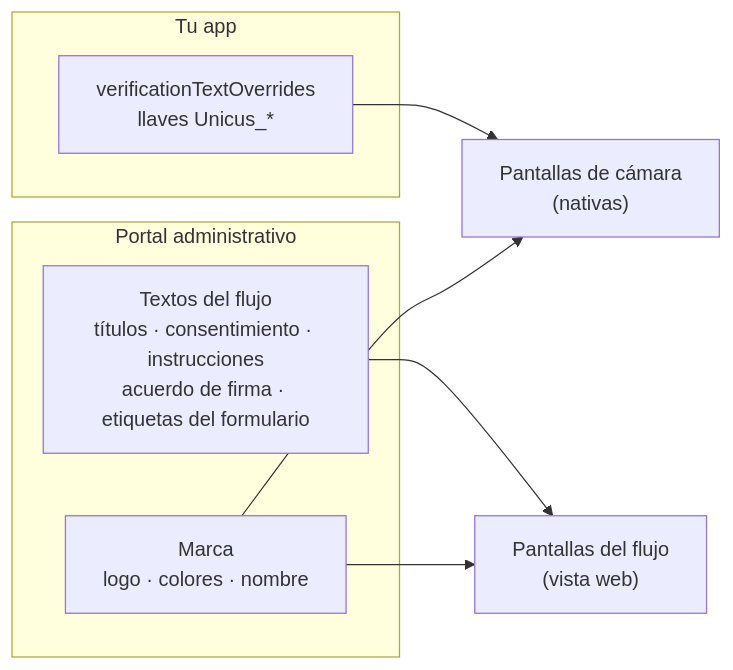
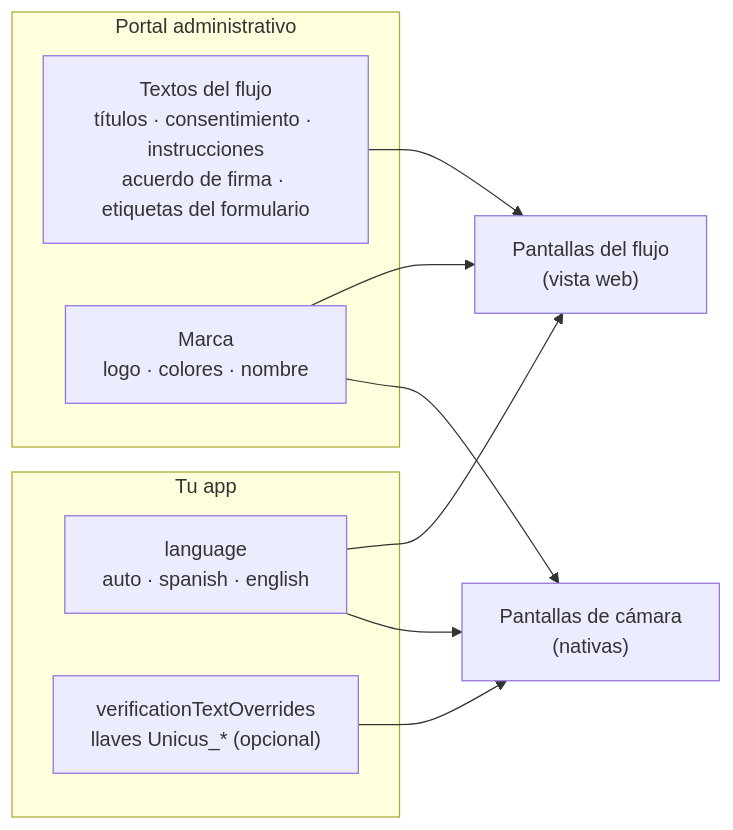
One commit to tekbees/unicus-docs changed the diagram in unicus-es/mobile-sdk/flutter/texts-and-languages.md. Above: the diagram before and after it, drawn with Mermaid. The commit also changed other lines of this file and 45 other files, not shown here.

````diff
--- a/unicus-es/mobile-sdk/flutter/texts-and-languages.md
+++ b/unicus-es/mobile-sdk/flutter/texts-and-languages.md
@@ -12,14 +31,17 @@
 ```mermaid
 flowchart LR
   subgraph app["Tu app"]
-    O["verificationTextOverrides<br/>llaves Unicus_*"]
+    L["language<br/>auto · spanish · english"]
+    O["verificationTextOverrides<br/>llaves Unicus_* (opcional)"]
   end
   subgraph portal["Portal administrativo"]
     F["Textos del flujo<br/>títulos · consentimiento · instrucciones<br/>acuerdo de firma · etiquetas del formulario"]
     B["Marca<br/>logo · colores · nombre"]
   end
-  O --> C["Pantallas de cámara<br/>(nativas)"]
+  L --> C["Pantallas de cámara<br/>(nativas)"]
+  O --> C
   B --> C
-  F --> W["Pantallas del flujo<br/>(vista web)"]
+  L --> W["Pantallas del flujo<br/>(vista web)"]
+  F --> W
   B --> W
 ```
````
